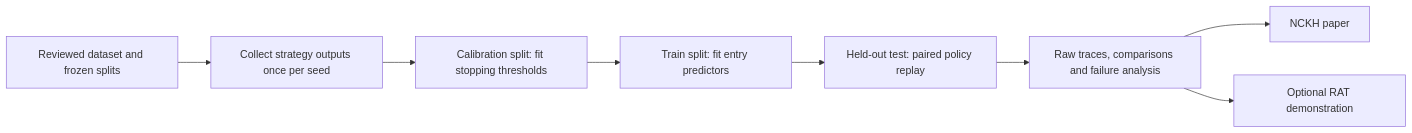
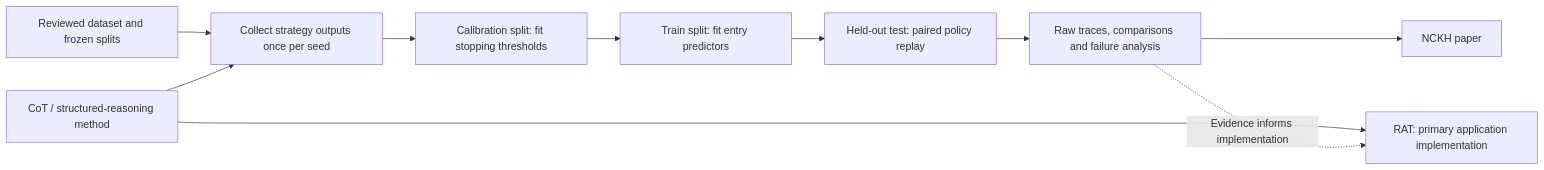
Before and after one commit to Thundercok/structured-multi-step-reasoning: the diagram in README.md, drawn with Mermaid. The commit also changed other lines of this file and 4885 other files, not shown here.

````diff
--- a/README.md
+++ b/README.md
@@ -26,10 +28,12 @@
 ```mermaid
 flowchart LR
     D[Reviewed dataset and frozen splits] --> C[Collect strategy outputs once per seed]
     C --> S[Calibration split: fit stopping thresholds]
     S --> T[Train split: fit entry predictors]
     T --> E[Held-out test: paired policy replay]
     E --> R[Raw traces, comparisons and failure analysis]
     R --> P[NCKH paper]
-    R --> A[Optional RAT demonstration]
+    M[CoT / structured-reasoning method] --> A[RAT: primary application implementation]
+    M --> C
+    R -. Evidence informs implementation .-> A
 ```
````
